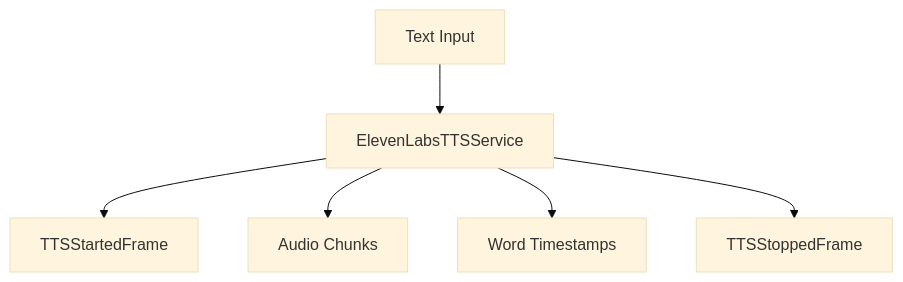
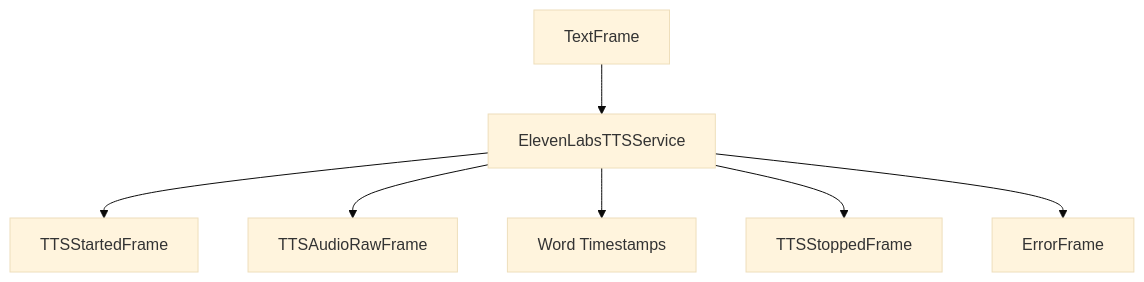
The diagram in api-reference/services/tts/elevenlabs.mdx (pipecat-ai/docs), drawn with Mermaid (base theme) before and after one commit. The commit also changed 25 other files, not shown here.

Commit message:
Clean up Frame Flow diagrams

````diff
--- a/api-reference/services/tts/elevenlabs.mdx
+++ b/api-reference/services/tts/elevenlabs.mdx
@@ -214,8 +214,9 @@
 ```mermaid
 graph TD
-    A[Text Input] --> B[ElevenLabsTTSService]
+    A[TextFrame] --> B[ElevenLabsTTSService]
     B --> C[TTSStartedFrame]
-    B --> D[Audio Chunks]
+    B --> D[TTSAudioRawFrame]
     B --> E[Word Timestamps]
     B --> F[TTSStoppedFrame]
+    B --> G[ErrorFrame]
 ```
````
